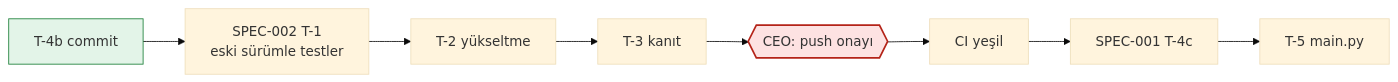
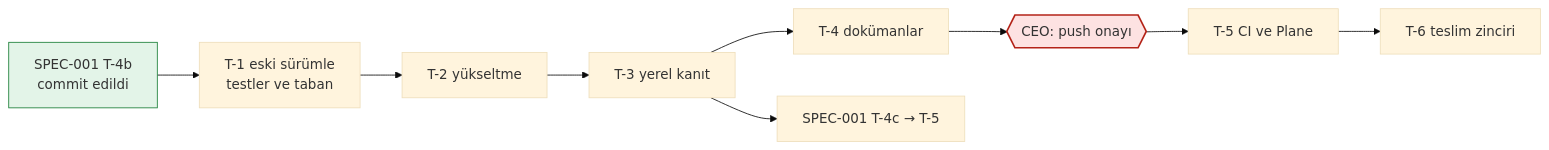
The first of 2 diagrams in docs/specs/SPEC-002-bagimlilik-guvenlik-yukseltmesi.md (GktuOktay/InstaAnalytic), drawn with Mermaid (base theme) before and after one commit. The commit also changed other lines of this file, not shown here.

Commit message:
docs: SPEC-002 imzalandı (K-26)

````diff
--- a/docs/specs/SPEC-002-bagimlilik-guvenlik-yukseltmesi.md
+++ b/docs/specs/SPEC-002-bagimlilik-guvenlik-yukseltmesi.md
@@ -167,14 +276,15 @@
 ```mermaid
 flowchart LR
-  A[T-4b commit] --> B[SPEC-002 T-1<br/>eski sürümle testler]
+  A[SPEC-001 T-4b<br/>commit edildi] --> B[T-1 eski sürümle<br/>testler ve taban]
   B --> C[T-2 yükseltme]
-  C --> D[T-3 kanıt]
-  D --> E{{CEO: push onayı}}
-  E --> F[CI yeşil]
-  F --> G[SPEC-001 T-4c]
-  G --> H[T-5 main.py]
+  C --> D[T-3 yerel kanıt]
+  D --> E[T-4 dokümanlar]
+  D --> I[SPEC-001 T-4c → T-5]
+  E --> F{{CEO: push onayı}}
+  F --> G[T-5 CI ve Plane]
+  G --> H[T-6 teslim zinciri]
   classDef gate fill:#fde2e2,stroke:#b42318,stroke-width:2px;
   classDef done fill:#e3f4e8,stroke:#1a7f37;
-  class E gate;
+  class F gate;
   class A done;
 ```
````
